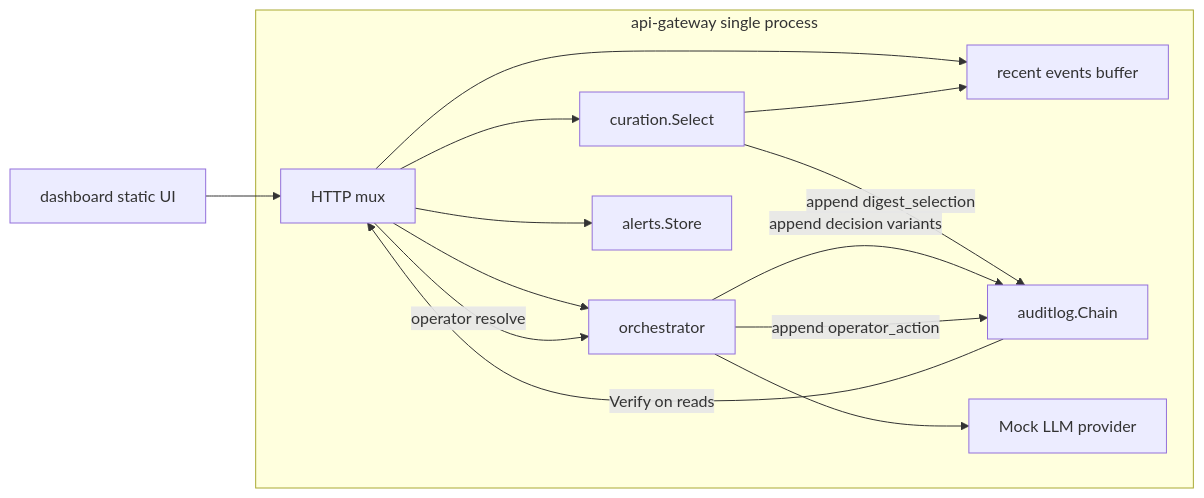
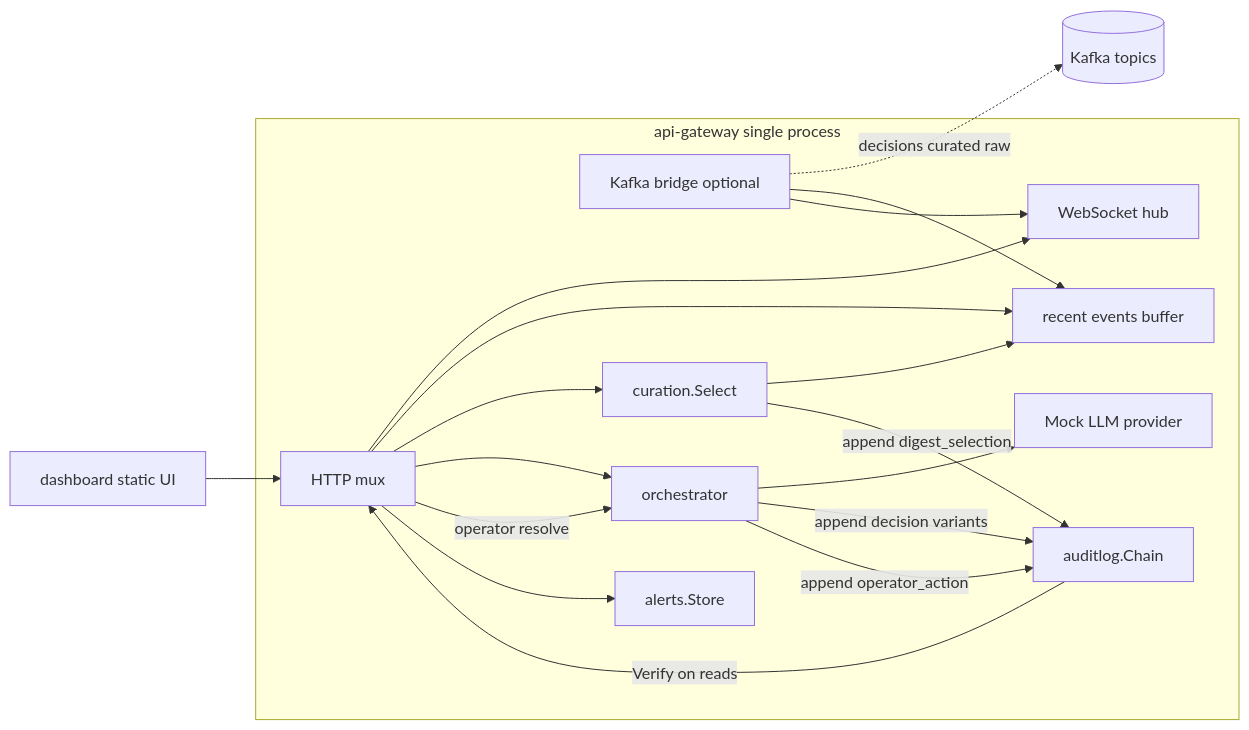
The third of 11 diagrams in ARCHITECTURE.md (sriv1993/FluxLens), drawn with Mermaid before and after one commit. The commit also changed other lines of this file and 25 other files, not shown here.

First line of the commit message:
feat: WebSocket feed, Kafka bridge, Postgres CDC, webhooks, RBAC

````diff
--- a/ARCHITECTURE.md
+++ b/ARCHITECTURE.md
@@ -112,26 +117,34 @@
 ```mermaid
 flowchart LR
   subgraph GW[api-gateway single process]
     REST[HTTP mux]
+    WS[WebSocket hub]
+    KBR[Kafka bridge optional]
     BUF[recent events buffer]
     CHAIN[auditlog.Chain]
     CUR[curation.Select]
     ORCH[orchestrator]
     MOCK[Mock LLM provider]
     ALRT[alerts.Store]
   end
   UI[dashboard static UI]
+  KAFKA[(Kafka topics)]
+
+  KBR -.->|decisions curated raw| KAFKA
+  KBR --> BUF
+  KBR --> WS
+  REST --> WS
 
   REST --> BUF
   REST --> CUR
   CUR --> BUF
   CUR -->|append digest_selection| CHAIN
   REST --> ORCH
   ORCH --> MOCK
   ORCH -->|append decision variants| CHAIN
   REST -->|operator resolve| ORCH
   ORCH -->|append operator_action| CHAIN
   REST --> ALRT
   CHAIN -->|Verify on reads| REST
   UI --> REST
 ```
````
